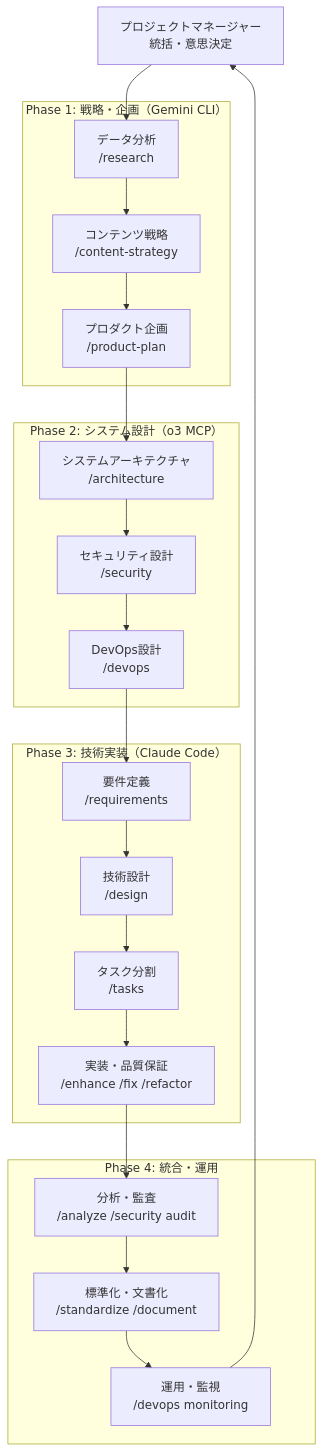
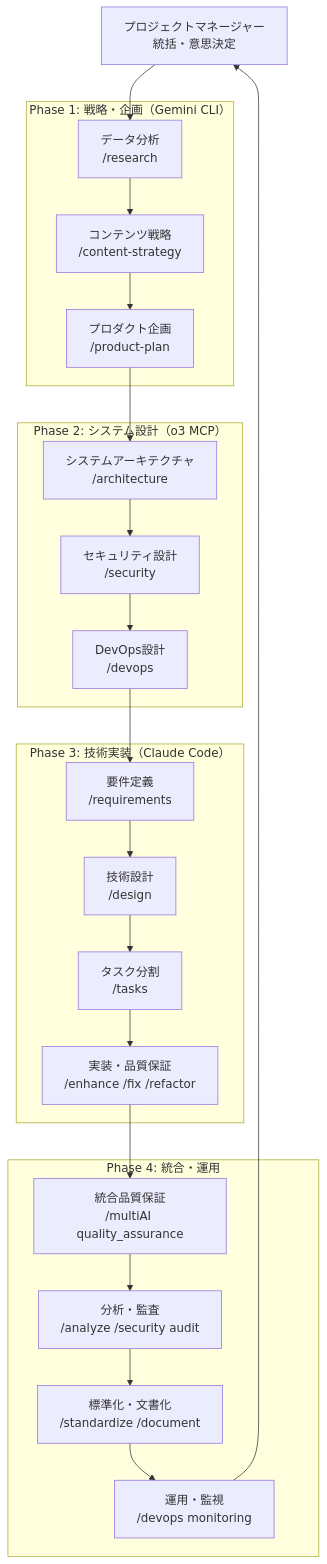
The diagram in README.md (tfuruta1/specification_driven_system_development_by_claude_code), drawn with Mermaid before and after one commit. The commit also changed other lines of this file and 21 other files, not shown here.

````diff
--- a/README.md
+++ b/README.md
@@ -226,44 +243,46 @@
 ```mermaid
 graph TB
     PM[プロジェクトマネージャー<br/>統括・意思決定]
     
     subgraph "Phase 1: 戦略・企画（Gemini CLI）"
         DA[データ分析<br/>/research]
         CS[コンテンツ戦略<br/>/content-strategy] 
         GPM[プロダクト企画<br/>/product-plan]
     end
     
     subgraph "Phase 2: システム設計（o3 MCP）"
         SA[システムアーキテクチャ<br/>/architecture]
         SS[セキュリティ設計<br/>/security]
         DO[DevOps設計<br/>/devops]
     end
     
     subgraph "Phase 3: 技術実装（Claude Code）"
         REQ[要件定義<br/>/requirements]
         DES[技術設計<br/>/design]
         TSK[タスク分割<br/>/tasks]
         IMP[実装・品質保証<br/>/enhance /fix /refactor]
     end
     
     subgraph "Phase 4: 統合・運用"
+        QA[統合品質保証<br/>/multiAI quality_assurance]
         ANA[分析・監査<br/>/analyze /security audit]
         STD[標準化・文書化<br/>/standardize /document]
         OPS[運用・監視<br/>/devops monitoring]
     end
     
     PM --> DA
     DA --> CS
     CS --> GPM
     GPM --> SA
     SA --> SS
     SS --> DO
     DO --> REQ
     REQ --> DES
     DES --> TSK
     TSK --> IMP
-    IMP --> ANA
+    IMP --> QA
+    QA --> ANA
     ANA --> STD
     STD --> OPS
     OPS --> PM
 ```
````
